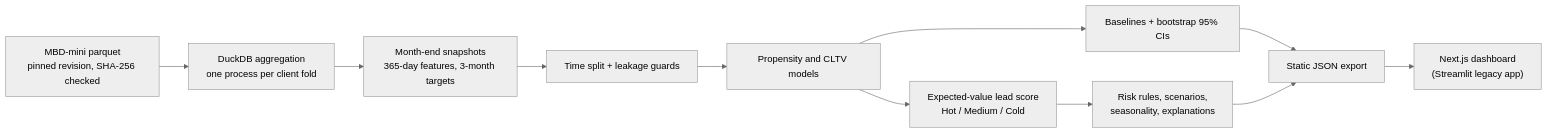
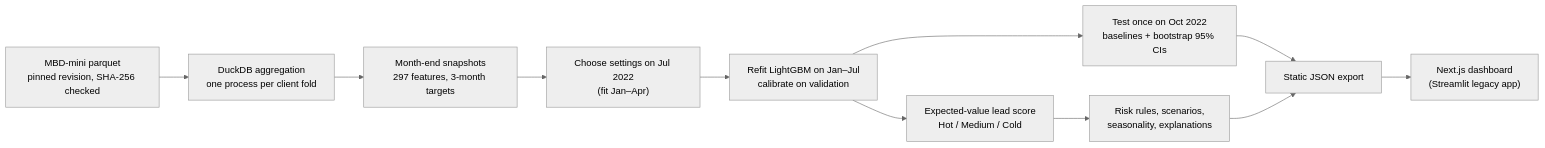
Before and after one commit to imayankss/bank_lead_scoring: the diagram in README.md, drawn with Mermaid (neutral theme). The commit also changed other lines of this file and 41 other files, not shown here.

First line of the commit message:
Score propensity with the LightGBM chosen on validation and report the final results

````diff
--- a/README.md
+++ b/README.md
@@ -66,13 +87,13 @@
 ```mermaid
 flowchart LR
     A["MBD-mini parquet<br/>pinned revision, SHA-256 checked"] --> B["DuckDB aggregation<br/>one process per client fold"]
-    B --> C["Month-end snapshots<br/>365-day features, 3-month targets"]
-    C --> D["Time split + leakage guards"]
-    D --> E["Propensity and CLTV models"]
-    E --> F["Baselines + bootstrap 95% CIs"]
+    B --> C["Month-end snapshots<br/>297 features, 3-month targets"]
+    C --> D["Choose settings on Jul 2022<br/>(fit Jan–Apr)"]
+    D --> E["Refit LightGBM on Jan–Jul<br/>calibrate on validation"]
+    E --> F["Test once on Oct 2022<br/>baselines + bootstrap 95% CIs"]
     E --> G["Expected-value lead score<br/>Hot / Medium / Cold"]
     G --> H["Risk rules, scenarios,<br/>seasonality, explanations"]
     F --> I["Static JSON export"]
     H --> I
     I --> J["Next.js dashboard<br/>(Streamlit legacy app)"]
 ```
````
